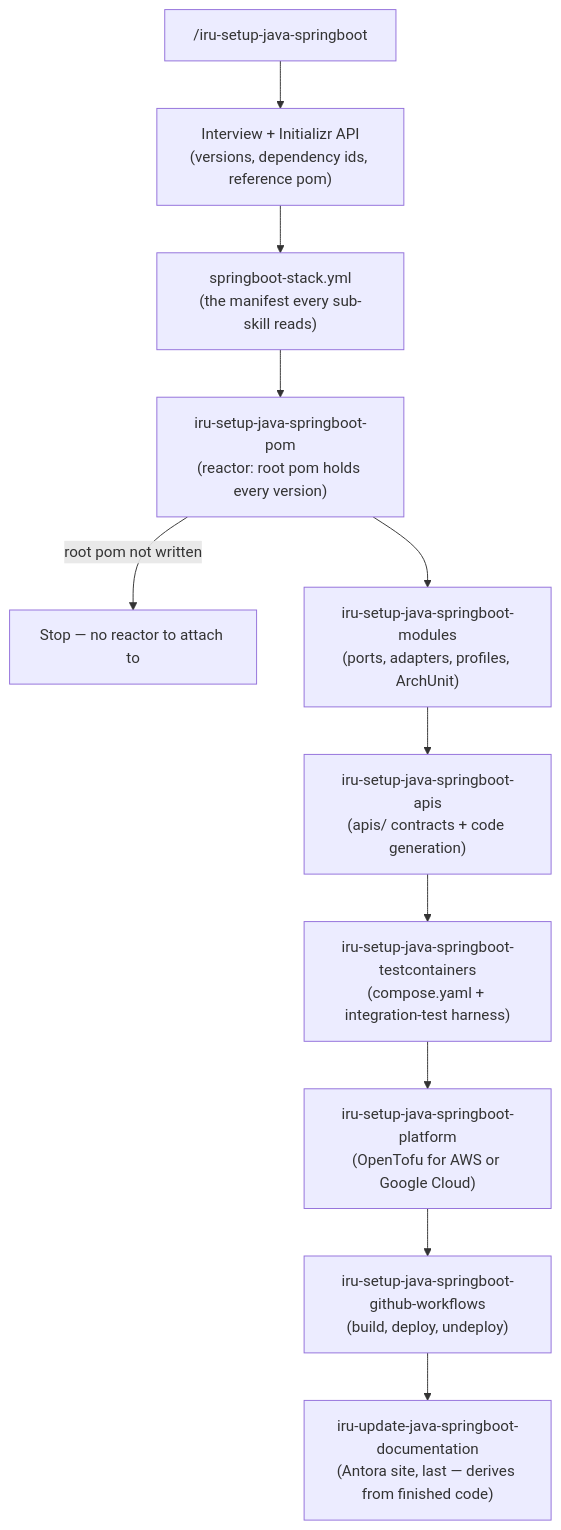
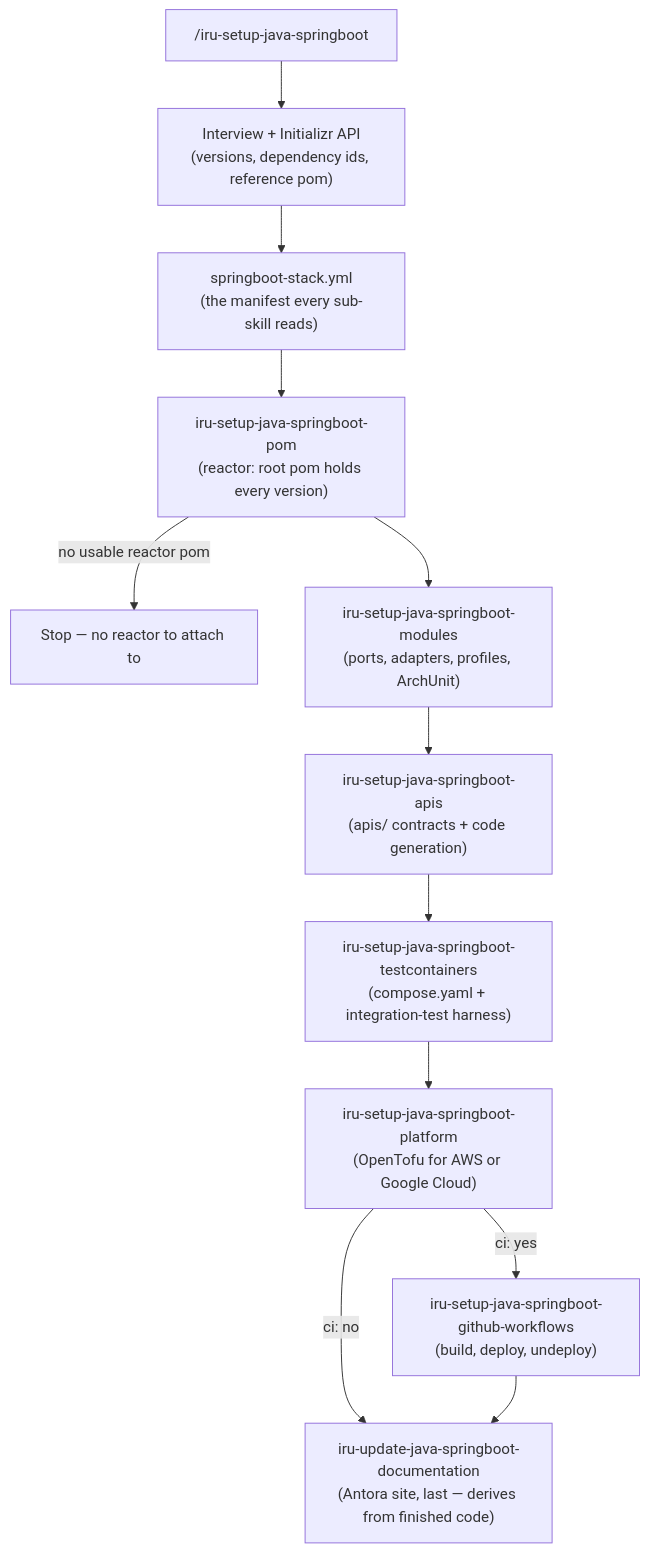
The third of 9 diagrams in docs/modules/ROOT/pages/index.adoc (albertoirurueta/ai-catalog), drawn with Mermaid before and after one commit. The commit also changed other lines of this file and 87 other files, not shown here.

```diff
--- a/docs/modules/ROOT/pages/index.adoc
+++ b/docs/modules/ROOT/pages/index.adoc
@@ -1637,14 +1650,15 @@
 [mermaid]
 ....
 flowchart TD
     A["/iru-setup-java-springboot"] --> B["Interview + Initializr API\n(versions, dependency ids, reference pom)"]
     B --> C["springboot-stack.yml\n(the manifest every sub-skill reads)"]
     C --> D["iru-setup-java-springboot-pom\n(reactor: root pom holds every version)"]
-    D -- root pom not written --> STOP["Stop — no reactor to attach to"]
+    D -- no usable reactor pom --> STOP["Stop — no reactor to attach to"]
     D --> E["iru-setup-java-springboot-modules\n(ports, adapters, profiles, ArchUnit)"]
     E --> F["iru-setup-java-springboot-apis\n(apis/ contracts + code generation)"]
     F --> G["iru-setup-java-springboot-testcontainers\n(compose.yaml + integration-test harness)"]
     G --> H["iru-setup-java-springboot-platform\n(OpenTofu for AWS or Google Cloud)"]
-    H --> I["iru-setup-java-springboot-github-workflows\n(build, deploy, undeploy)"]
+    H -- ci: yes --> I["iru-setup-java-springboot-github-workflows\n(build, deploy, undeploy)"]
+    H -- ci: no --> J
     I --> J["iru-update-java-springboot-documentation\n(Antora site, last — derives from finished code)"]
 ....
```
